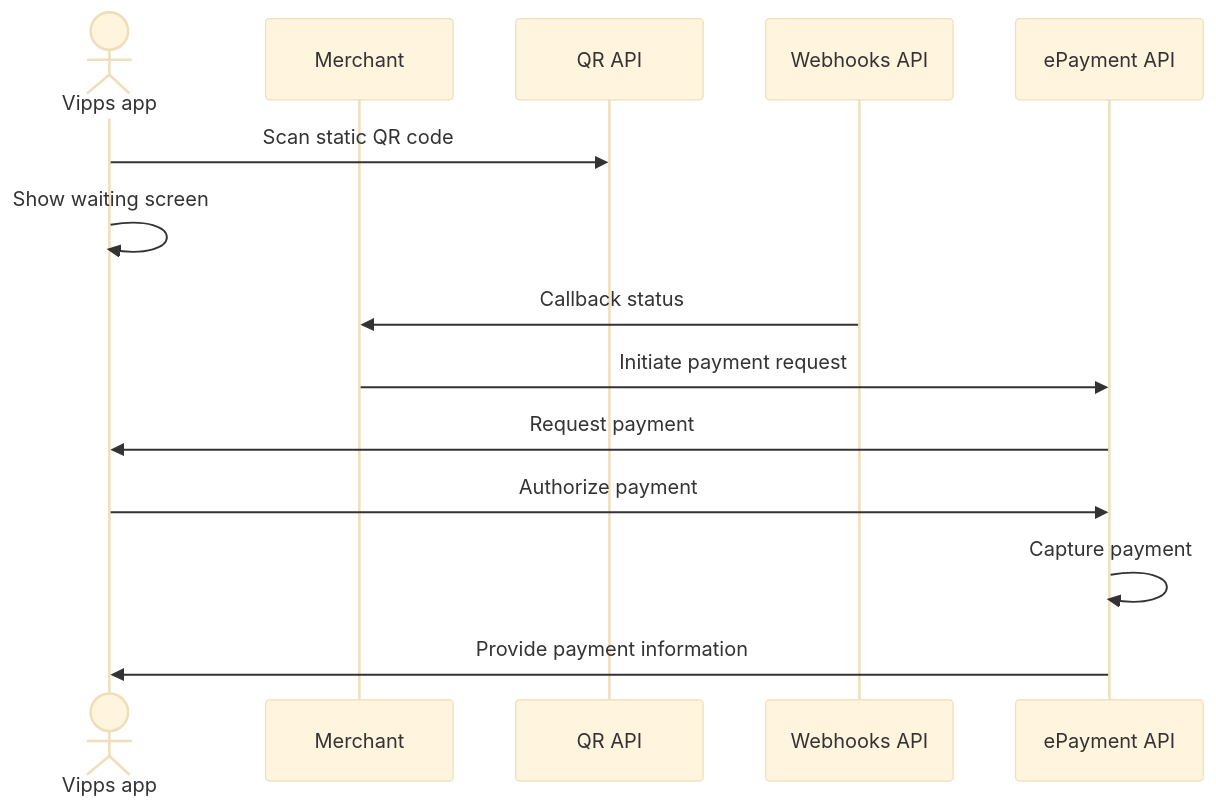
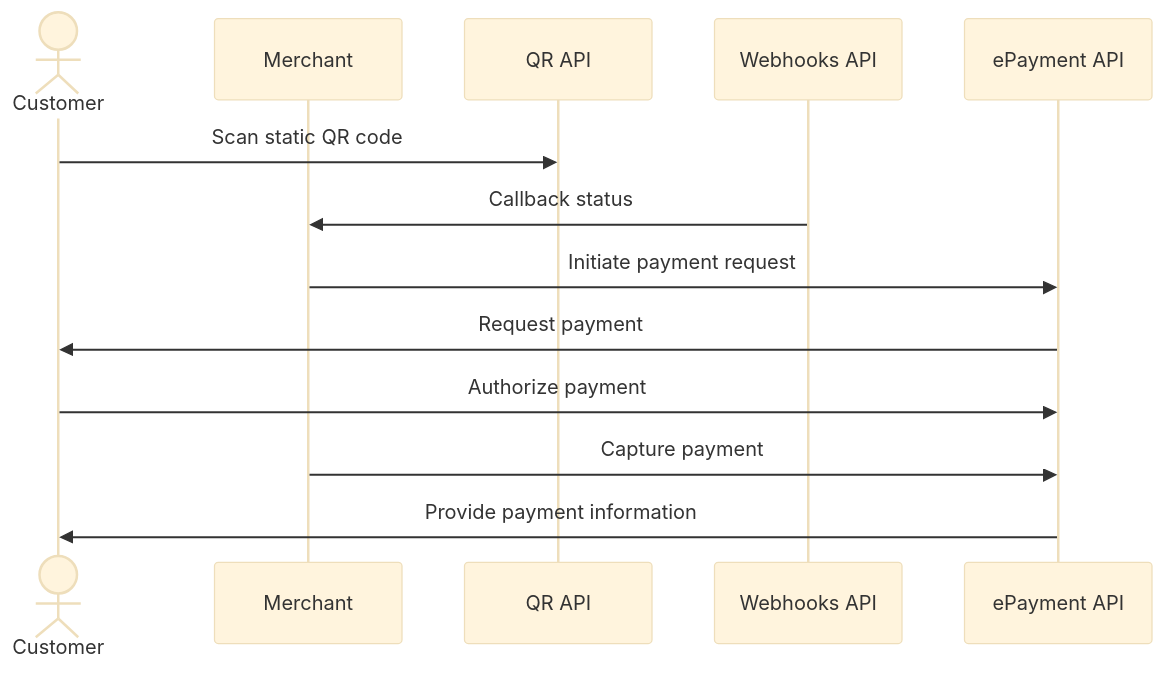
Before and after one commit to vippsas/vipps-solutions: the diagram in static-qr-at-pos/README.md, drawn with Mermaid (base theme). The commit also changed other lines of this file and 6 other files, not shown here.

Commit message:
Add more seq diagrams. Align existing seq diagrams.

````diff
--- a/static-qr-at-pos/README.md
+++ b/static-qr-at-pos/README.md
@@ -54,16 +60,15 @@
 ``` mermaid
 sequenceDiagram
-    actor App as Vipps app
+    actor C as Customer
     participant M as Merchant
     participant QR as QR API
     participant Webhooks as Webhooks API
     participant ePayment as ePayment API
-    App->>QR: Scan static QR code
-    App->>App: Show waiting screen
+    C->>QR: Scan static QR code
     Webhooks->>M: Callback status
     M->>ePayment: Initiate payment request
-    ePayment->>App: Request payment
-    App->>ePayment: Authorize payment
-    ePayment->>ePayment: Capture payment
-    ePayment->>App: Provide payment information
+    ePayment->>C: Request payment
+    C->>ePayment: Authorize payment
+    M->>ePayment: Capture payment
+    ePayment->>C: Provide payment information
 ```
````
